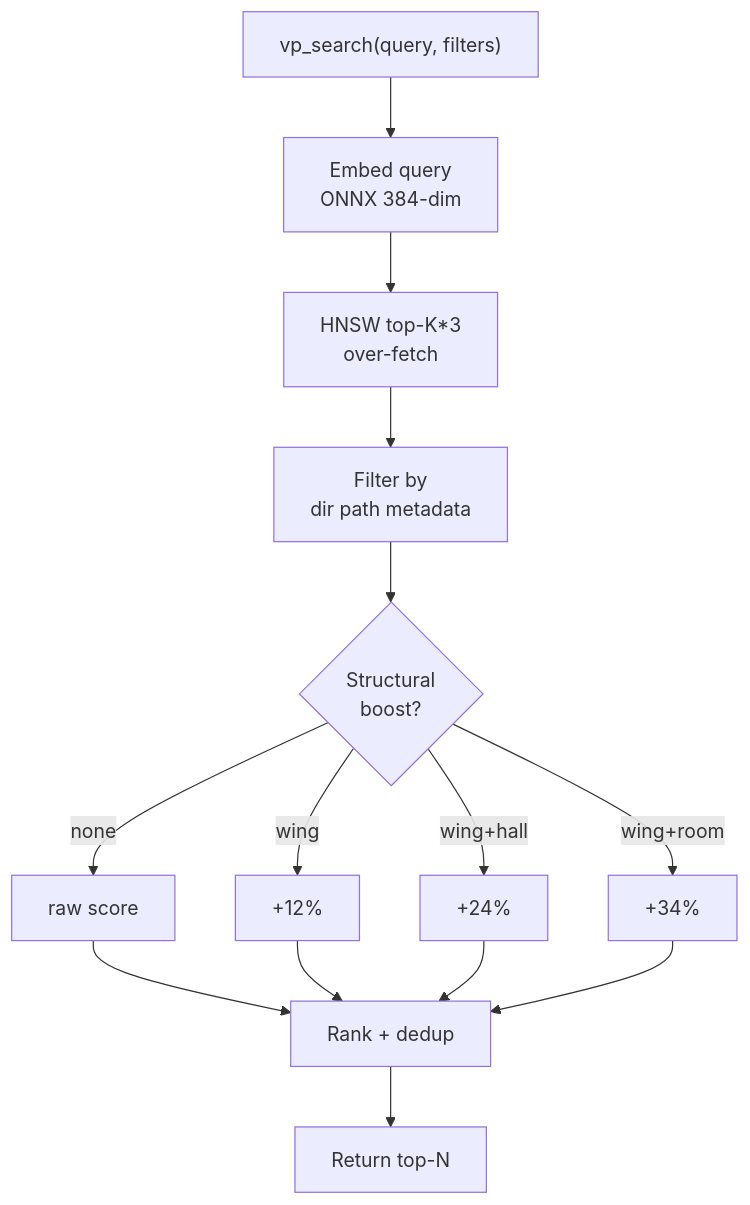
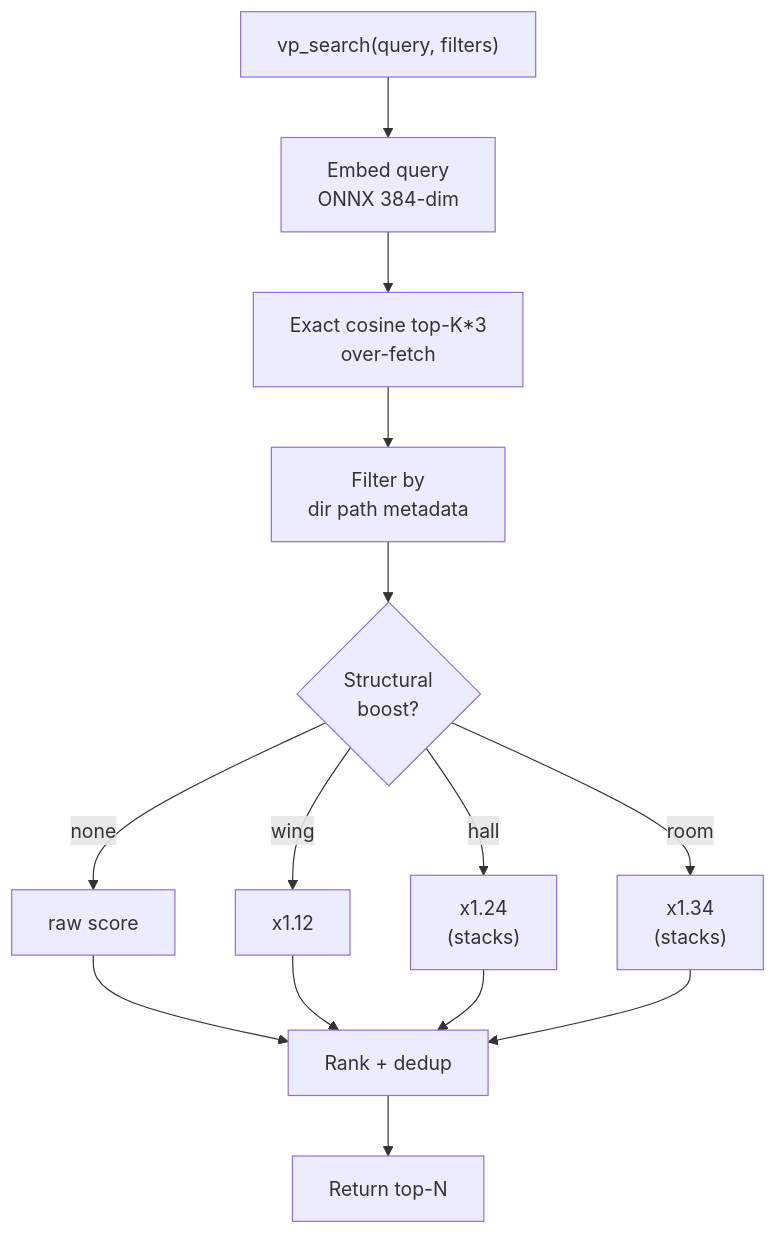
Diagram 11 of 12 in doc/PRD-vibe-palace.md (suykerbuyk/vibe-palace), drawn with Mermaid before and after one commit. The commit also changed other lines of this file and 32 other files, not shown here.

````diff
--- a/doc/PRD-vibe-palace.md
+++ b/doc/PRD-vibe-palace.md
@@ -628,17 +673,17 @@
 ```mermaid
 flowchart TD
     Q["vp_search(query, filters)"]
     Q --> EMB["Embed query<br/>ONNX 384-dim"]
-    EMB --> HNSW["HNSW top-K*3<br/>over-fetch"]
-    HNSW --> FILT2["Filter by<br/>dir path metadata"]
+    EMB --> VSRCH["Exact cosine top-K*3<br/>over-fetch"]
+    VSRCH --> FILT2["Filter by<br/>dir path metadata"]
     FILT2 --> BOOST{"Structural<br/>boost?"}
-    BOOST -->|wing| B1["+12%"]
-    BOOST -->|wing+hall| B2["+24%"]
-    BOOST -->|wing+room| B3["+34%"]
+    BOOST -->|wing| B1["x1.12"]
+    BOOST -->|hall| B2["x1.24<br/>(stacks)"]
+    BOOST -->|room| B3["x1.34<br/>(stacks)"]
     BOOST -->|none| B0["raw score"]
     B0 --> RANK["Rank + dedup"]
     B1 --> RANK
     B2 --> RANK
     B3 --> RANK
     RANK --> OUT["Return top-N"]
 ```
````
